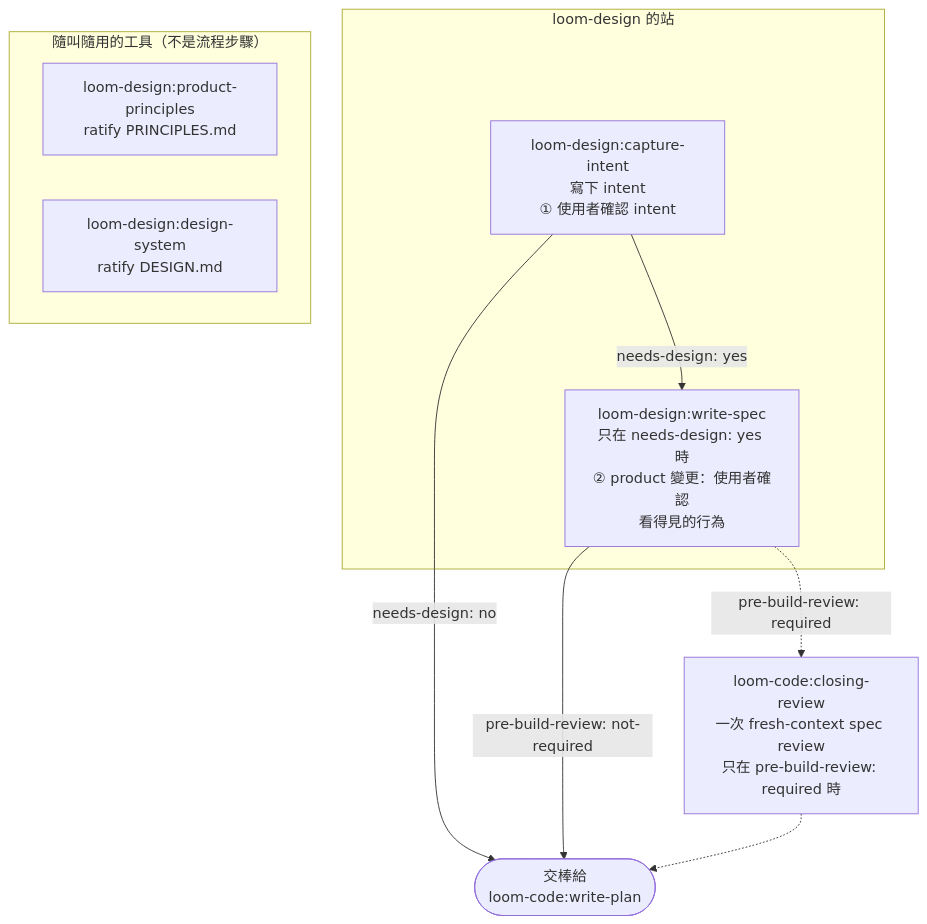
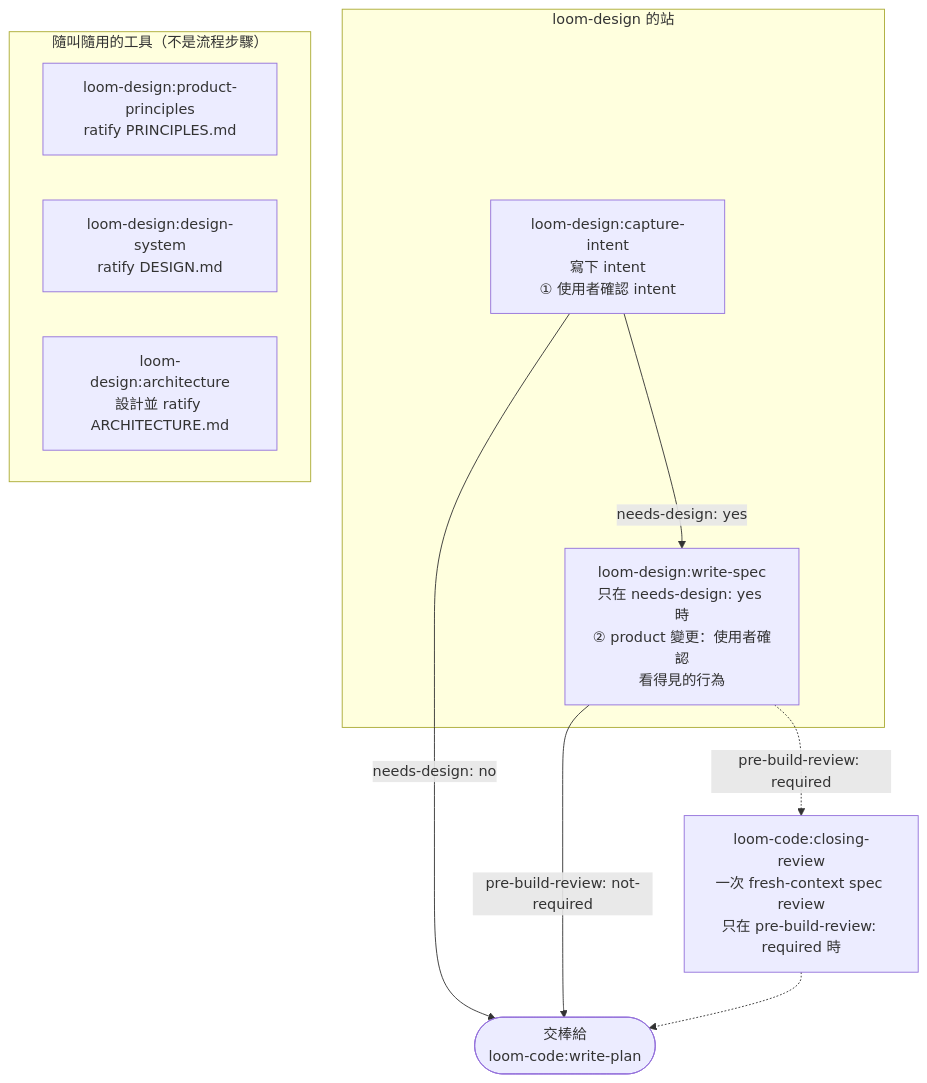
The diagram in loom-design/README.zh-TW.md (kouko/loom-plugins), drawn with Mermaid before and after one commit. The commit also changed other lines of this file and 53 other files, not shown here.

First line of the commit message:
feat(loom-design): add an architecture tool that designs ARCHITECTURE.md and holds changes to it (#54)

````diff
--- a/loom-design/README.zh-TW.md
+++ b/loom-design/README.zh-TW.md
@@ -17,21 +17,22 @@
 ```mermaid
 flowchart TD
     subgraph stations["loom-design 的站"]
         intent["loom-design:capture-intent<br/>寫下 intent<br/>① 使用者確認 intent"]
         spec["loom-design:write-spec<br/>只在 needs-design: yes 時<br/>② product 變更：使用者確認<br/>看得見的行為"]
     end
 
     specreview["loom-code:closing-review<br/>一次 fresh-context spec review<br/>只在 pre-build-review: required 時"]
     plan(["交棒給<br/>loom-code:write-plan"])
 
     subgraph tools["隨叫隨用的工具（不是流程步驟）"]
         principles["loom-design:product-principles<br/>ratify PRINCIPLES.md"]
         designsys["loom-design:design-system<br/>ratify DESIGN.md"]
+        arch["loom-design:architecture<br/>設計並 ratify ARCHITECTURE.md"]
     end
 
     intent -->|"needs-design: yes"| spec
     intent -->|"needs-design: no"| plan
     spec -->|"pre-build-review: not-required"| plan
     spec -.->|"pre-build-review: required"| specreview
     specreview -.-> plan
 ```
````
